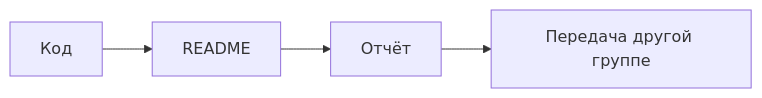
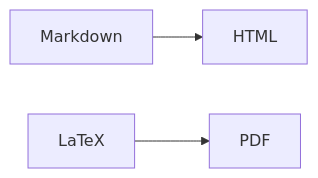
Before and after one commit to Nikfilk2030/missing_semester_hse_cs: the diagram in 2026/amcs/grade_1/seminar_2/README.md, drawn with Mermaid. The commit also changed other lines of this file and 5 other files, not shown here.

````diff
--- a/2026/amcs/grade_1/seminar_2/README.md
+++ b/2026/amcs/grade_1/seminar_2/README.md
@@ -273,6 +198,5 @@
 ```mermaid
 flowchart LR
-    A[Код] --> B[README]
-    B --> C[Отчёт]
-    C --> D[Передача другой группе]
+    A[Markdown] --> B[HTML]
+    C[LaTeX] --> D[PDF]
 ```
````
